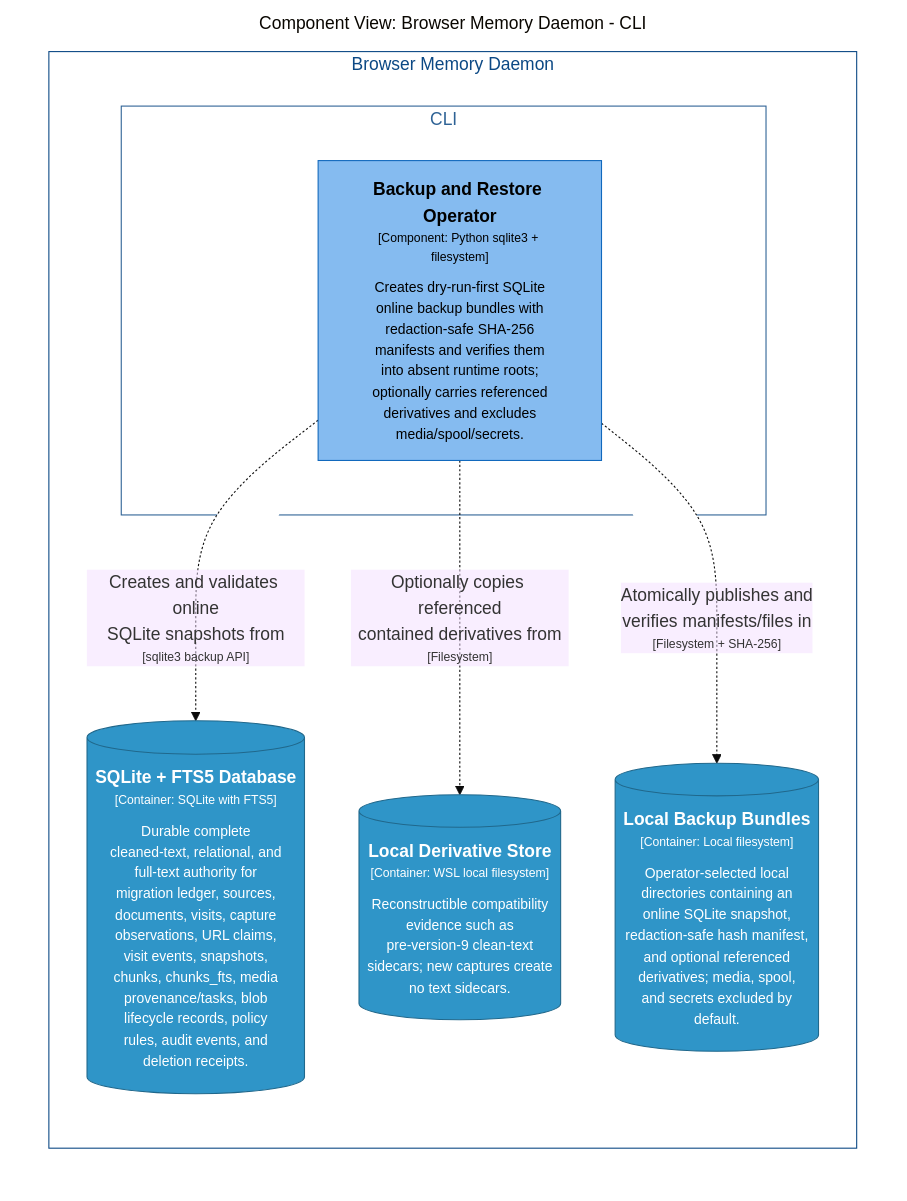
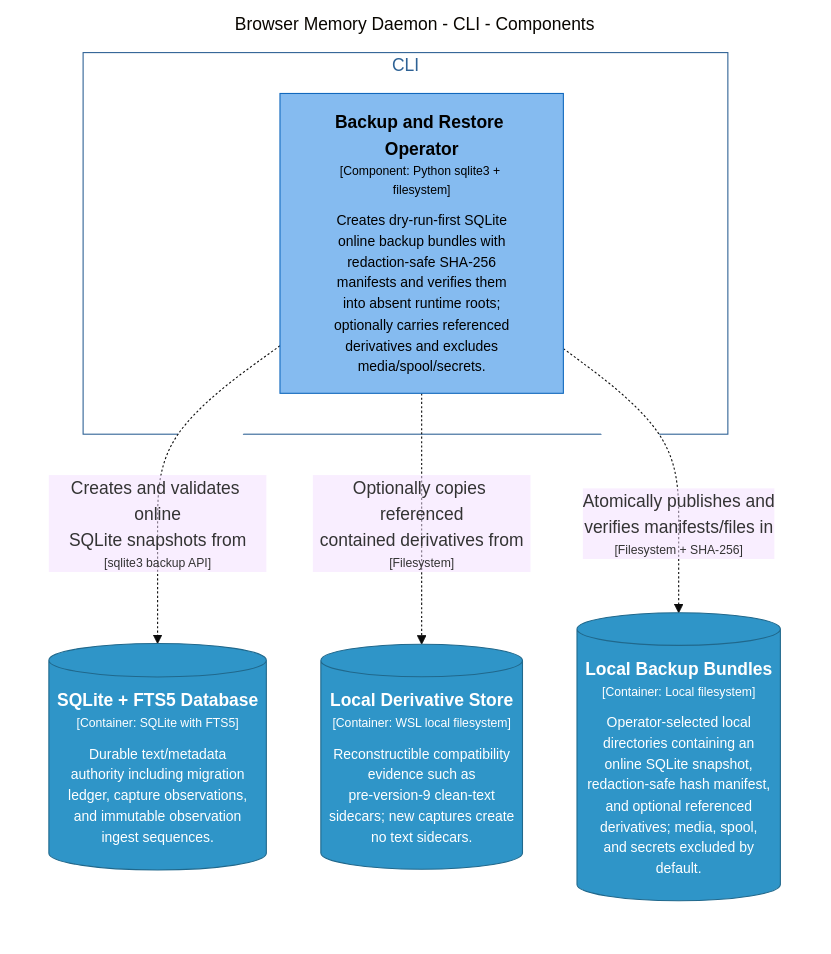
Before and after one commit to michaelnicks0/browser-memory-daemon: the diagram in docs/architecture/diagrams/markdown/CliBackupRestoreComponents.md, drawn with Mermaid (base theme). The commit also changed 331 other files, not shown here.

Commit message:
docs: refresh architecture and publish surfaces

````diff
--- a/docs/architecture/diagrams/markdown/CliBackupRestoreComponents.md
+++ b/docs/architecture/diagrams/markdown/CliBackupRestoreComponents.md
@@ -16,31 +16,26 @@
 ```mermaid
 graph LR
   linkStyle default fill:#ffffff
 
-  subgraph diagram ["Component View: Browser Memory Daemon - CLI"]
+  subgraph diagram ["Browser Memory Daemon - CLI - Components"]
     style diagram fill:#ffffff,stroke:#ffffff
 
-    subgraph 4 ["Browser Memory Daemon"]
-      style 4 fill:#ffffff,stroke:#0b4884,color:#0b4884
+    49[("<div style='font-weight: bold'>SQLite + FTS5 Database</div><div style='font-size: 70%; margin-top: 0px'>[Container: SQLite with FTS5]</div><div style='font-size: 80%; margin-top:10px'>Durable text/metadata<br />authority including migration<br />ledger, capture observations,<br />and immutable observation<br />ingest sequences.</div>")]
+    style 49 fill:#2f95c8,stroke:#20688c,color:#ffffff
+    50[("<div style='font-weight: bold'>Local Derivative Store</div><div style='font-size: 70%; margin-top: 0px'>[Container: WSL local filesystem]</div><div style='font-size: 80%; margin-top:10px'>Reconstructible compatibility<br />evidence such as<br />pre-version-9 clean-text<br />sidecars; new captures create<br />no text sidecars.</div>")]
+    style 50 fill:#2f95c8,stroke:#20688c,color:#ffffff
+    53[("<div style='font-weight: bold'>Local Backup Bundles</div><div style='font-size: 70%; margin-top: 0px'>[Container: Local filesystem]</div><div style='font-size: 80%; margin-top:10px'>Operator-selected local<br />directories containing an<br />online SQLite snapshot,<br />redaction-safe hash manifest,<br />and optional referenced<br />derivatives; media, spool,<br />and secrets excluded by<br />default.</div>")]
+    style 53 fill:#2f95c8,stroke:#20688c,color:#ffffff
 
-      subgraph 46 ["CLI"]
-        style 46 fill:#ffffff,stroke:#2e6295,color:#2e6295
+    subgraph 47 ["CLI"]
+      style 47 fill:#ffffff,stroke:#2e6295,color:#2e6295
 
-        47["<div style='font-weight: bold'>Backup and Restore Operator</div><div style='font-size: 70%; margin-top: 0px'>[Component: Python sqlite3 + filesystem]</div><div style='font-size: 80%; margin-top:10px'>Creates dry-run-first SQLite<br />online backup bundles with<br />redaction-safe SHA-256<br />manifests and verifies them<br />into absent runtime roots;<br />optionally carries referenced<br />derivatives and excludes<br />media/spool/secrets.</div>"]
-        style 47 fill:#85bbf0,stroke:#1168bd,color:#000000
-      end
-
-      48[("<div style='font-weight: bold'>SQLite + FTS5 Database</div><div style='font-size: 70%; margin-top: 0px'>[Container: SQLite with FTS5]</div><div style='font-size: 80%; margin-top:10px'>Durable complete<br />cleaned-text, relational, and<br />full-text authority for<br />migration ledger, sources,<br />documents, visits, capture<br />observations, URL claims,<br />visit events, snapshots,<br />chunks, chunks_fts, media<br />provenance/tasks, blob<br />lifecycle records, policy<br />rules, audit events, and<br />deletion receipts.</div>")]
-      style 48 fill:#2f95c8,stroke:#20688c,color:#ffffff
-      49[("<div style='font-weight: bold'>Local Derivative Store</div><div style='font-size: 70%; margin-top: 0px'>[Container: WSL local filesystem]</div><div style='font-size: 80%; margin-top:10px'>Reconstructible compatibility<br />evidence such as<br />pre-version-9 clean-text<br />sidecars; new captures create<br />no text sidecars.</div>")]
-      style 49 fill:#2f95c8,stroke:#20688c,color:#ffffff
-      52[("<div style='font-weight: bold'>Local Backup Bundles</div><div style='font-size: 70%; margin-top: 0px'>[Container: Local filesystem]</div><div style='font-size: 80%; margin-top:10px'>Operator-selected local<br />directories containing an<br />online SQLite snapshot,<br />redaction-safe hash manifest,<br />and optional referenced<br />derivatives; media, spool,<br />and secrets excluded by<br />default.</div>")]
-      style 52 fill:#2f95c8,stroke:#20688c,color:#ffffff
+      48["<div style='font-weight: bold'>Backup and Restore Operator</div><div style='font-size: 70%; margin-top: 0px'>[Component: Python sqlite3 + filesystem]</div><div style='font-size: 80%; margin-top:10px'>Creates dry-run-first SQLite<br />online backup bundles with<br />redaction-safe SHA-256<br />manifests and verifies them<br />into absent runtime roots;<br />optionally carries referenced<br />derivatives and excludes<br />media/spool/secrets.</div>"]
+      style 48 fill:#85bbf0,stroke:#1168bd,color:#000000
     end
 
-    47-. "<div>Creates and validates online<br />SQLite snapshots from</div><div style='font-size: 70%'>[sqlite3 backup API]</div>" .->48
-    47-. "<div>Optionally copies referenced<br />contained derivatives from</div><div style='font-size: 70%'>[Filesystem]</div>" .->49
-    47-. "<div>Atomically publishes and<br />verifies manifests/files in</div><div style='font-size: 70%'>[Filesystem + SHA-256]</div>" .->52
-
+    48-. "<div>Creates and validates online<br />SQLite snapshots from</div><div style='font-size: 70%'>[sqlite3 backup API]</div>" .->49
+    48-. "<div>Optionally copies referenced<br />contained derivatives from</div><div style='font-size: 70%'>[Filesystem]</div>" .->50
+    48-. "<div>Atomically publishes and<br />verifies manifests/files in</div><div style='font-size: 70%'>[Filesystem + SHA-256]</div>" .->53
   end
 ```
````
